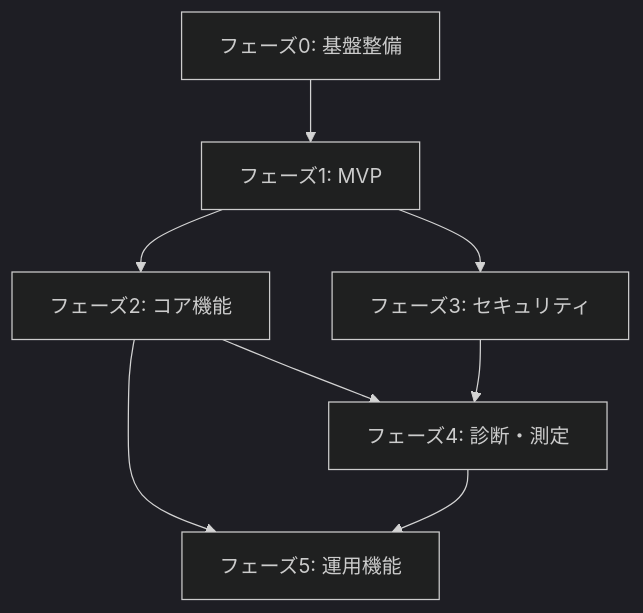
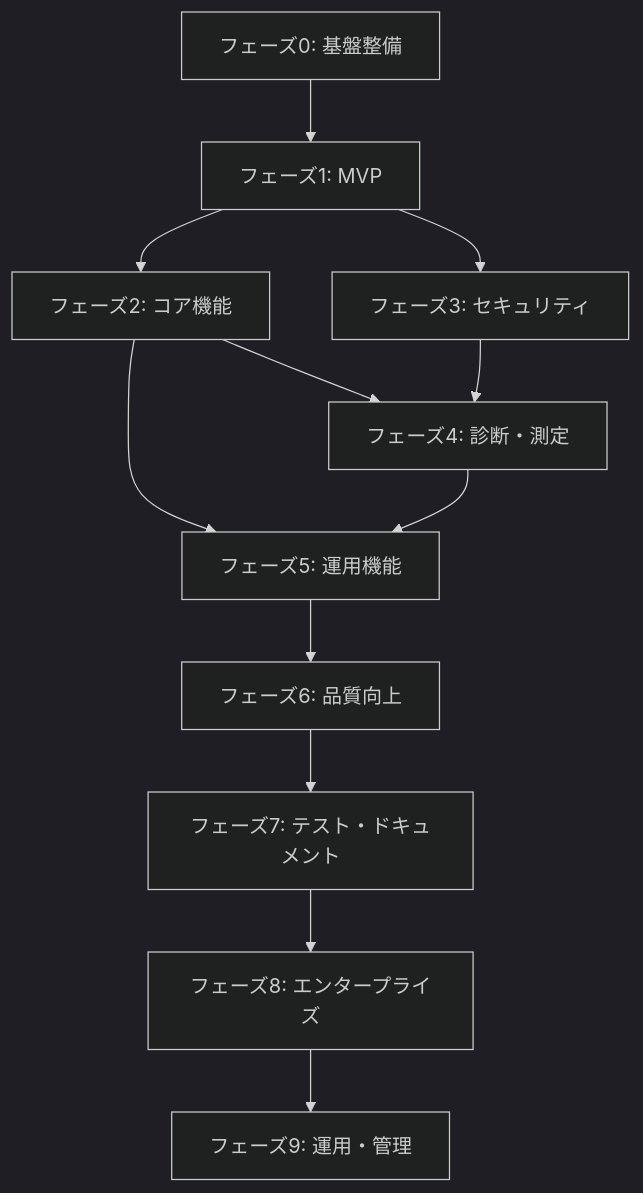
Before and after one commit to ktama/NeLST: the diagram in doc/PLAN.md, drawn with Mermaid (dark theme). The commit also changed other lines of this file and 1 other file, not shown here.

````diff
--- a/doc/PLAN.md
+++ b/doc/PLAN.md
@@ -474,10 +886,14 @@
 ```mermaid
 graph TD
     A[フェーズ0: 基盤整備] --> B[フェーズ1: MVP]
     B --> C[フェーズ2: コア機能]
     B --> D[フェーズ3: セキュリティ]
     C --> E[フェーズ4: 診断・測定]
     D --> E
     C --> F[フェーズ5: 運用機能]
     E --> F
+    F --> G[フェーズ6: 品質向上]
+    G --> H[フェーズ7: テスト・ドキュメント]
+    H --> I[フェーズ8: エンタープライズ]
+    I --> J[フェーズ9: 運用・管理]
 ```
````
